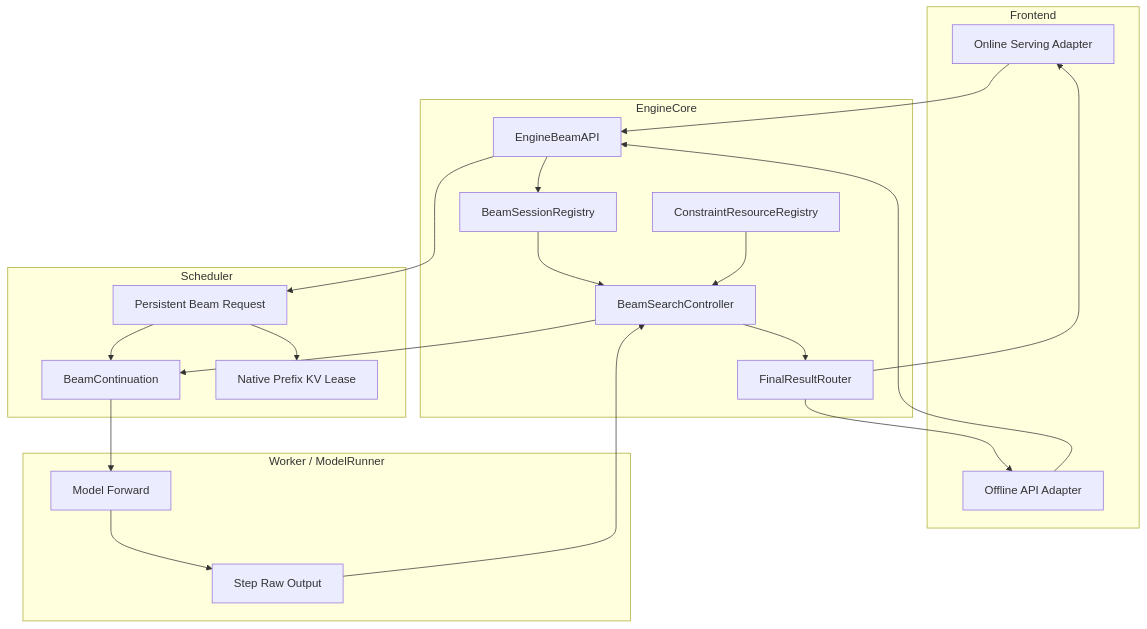
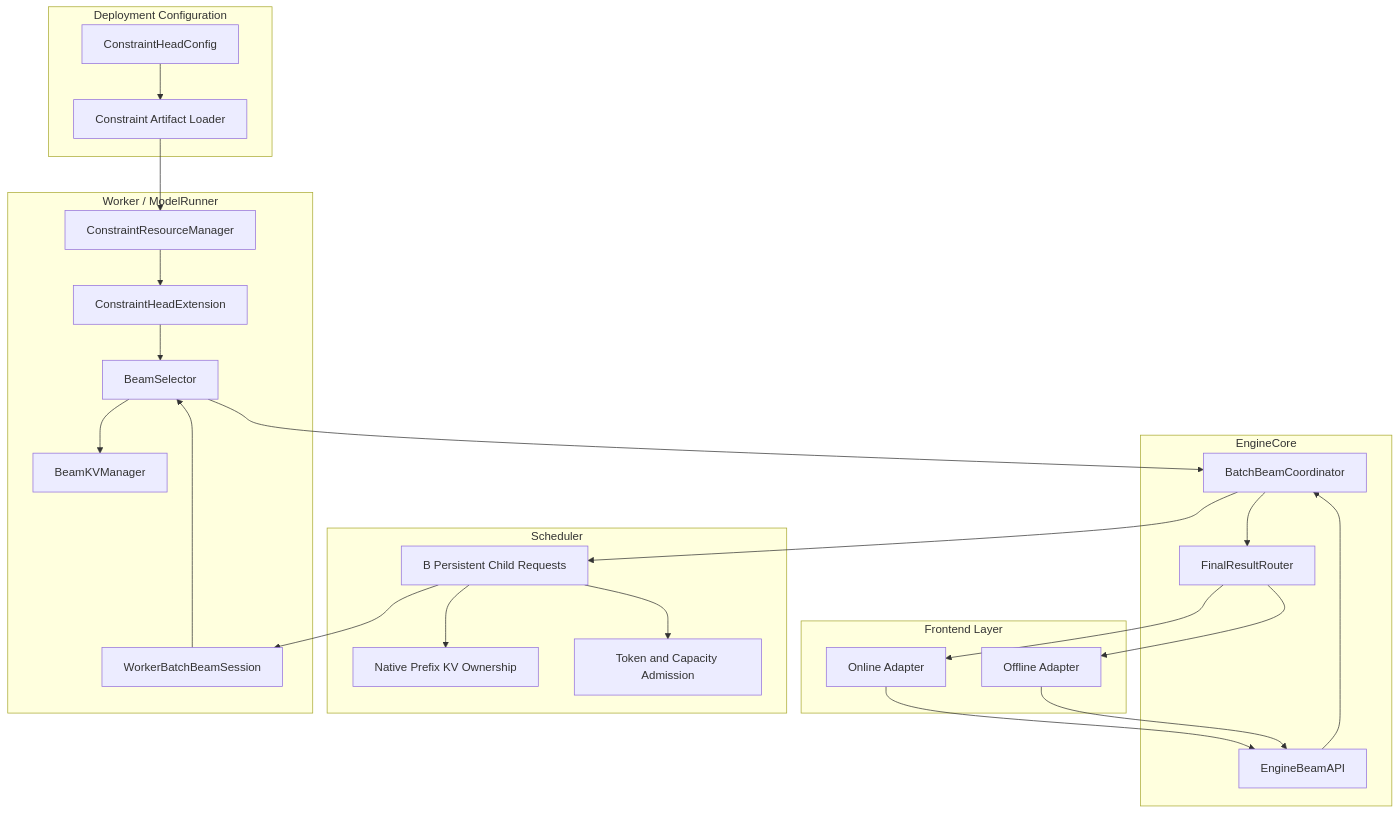
Before and after one commit to zhanghanleo10/gr-related: the second of 10 diagrams in GR/engine_owned_persistent_beam_session_feature_design.md, drawn with Mermaid. The commit also changed other lines of this file, not shown here.

Commit message:
Update persistent beam session architecture

```diff
--- a/GR/engine_owned_persistent_beam_session_feature_design.md
+++ b/GR/engine_owned_persistent_beam_session_feature_design.md
@@ -222,42 +143,50 @@
 ~~~mermaid
 flowchart TB
-    subgraph FRONTEND["Frontend"]
-        ONLINE["Online Serving Adapter"]
-        OFFLINE["Offline API Adapter"]
+    subgraph CONFIG["Deployment Configuration"]
+        CFG["ConstraintHeadConfig"]
+        LOAD["Constraint Artifact Loader"]
+    end
+
+    subgraph FRONTEND["Frontend Layer"]
+        ON["Online Adapter"]
+        OFF["Offline Adapter"]
     end
 
     subgraph ENGINE["EngineCore"]
         API["EngineBeamAPI"]
-        REG["BeamSessionRegistry"]
-        CTRL["BeamSearchController"]
-        CON["ConstraintResourceRegistry"]
-        OUT["FinalResultRouter"]
+        COORD["BatchBeamCoordinator"]
+        ROUTER["FinalResultRouter"]
     end
 
-    subgraph SCHED["Scheduler"]
-        REQ["Persistent Beam Request"]
-        META["BeamContinuation"]
-        KV["Native Prefix KV Lease"]
+    subgraph SCHEDULER["Scheduler"]
+        REQS["B Persistent Child Requests"]
+        PREFIX["Native Prefix KV Ownership"]
+        BUDGET["Token and Capacity Admission"]
     end
 
-    subgraph EXEC["Worker / ModelRunner"]
-        MODEL["Model Forward"]
-        RAW["Step Raw Output"]
+    subgraph WORKER["Worker / ModelRunner"]
+        CRM["ConstraintResourceManager"]
+        CHE["ConstraintHeadExtension"]
+        SESSION["WorkerBatchBeamSession"]
+        SELECT["BeamSelector"]
+        BKV["BeamKVManager"]
     end
 
-    ONLINE --> API
-    OFFLINE --> API
-    API --> REG
-    REG --> CTRL
-    CON --> CTRL
-    API --> REQ
-    REQ --> META
-    META --> MODEL
-    MODEL --> RAW
-    RAW --> CTRL
-    CTRL --> META
-    CTRL --> OUT
-    OUT --> ONLINE
-    OUT --> OFFLINE
-    REQ --> KV
+    CFG --> LOAD
+    LOAD --> CRM
+    ON --> API
+    OFF --> API
+    API --> COORD
+    COORD --> REQS
+    REQS --> PREFIX
+    REQS --> BUDGET
+    REQS --> SESSION
+    CRM --> CHE
+    CHE --> SELECT
+    SESSION --> SELECT
+    SELECT --> BKV
+    SELECT --> COORD
+    COORD --> ROUTER
+    ROUTER --> ON
+    ROUTER --> OFF
 ~~~
```
